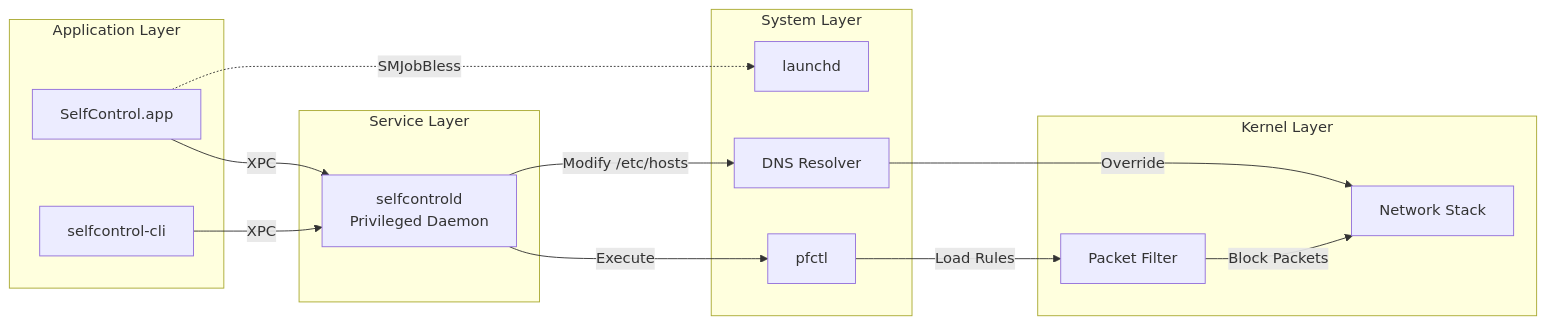
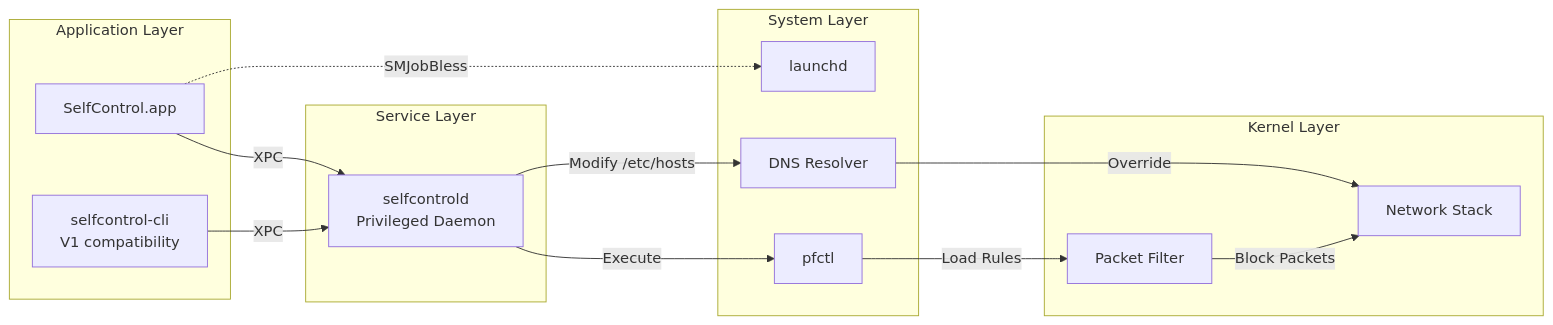
The second of 15 diagrams in SYSTEM_ARCHITECTURE.md (VishalJ99/fence), drawn with Mermaid before and after one commit. The commit also changed other lines of this file and 43 other files, not shown here.

````diff
--- a/SYSTEM_ARCHITECTURE.md
+++ b/SYSTEM_ARCHITECTURE.md
@@ -87,31 +90,31 @@
 ```mermaid
 graph LR
     subgraph "Application Layer"
         A[SelfControl.app]
-        B[selfcontrol-cli]
+        B[selfcontrol-cli<br/>V1 compatibility]
     end
 
     subgraph "Service Layer"
         C[selfcontrold<br/>Privileged Daemon]
     end
 
     subgraph "System Layer"
         D[launchd]
         E[pfctl]
         F[DNS Resolver]
     end
 
     subgraph "Kernel Layer"
         G[Packet Filter]
         H[Network Stack]
     end
 
     A -.->|SMJobBless| D
     A -->|XPC| C
     B -->|XPC| C
     C -->|Execute| E
     C -->|Modify /etc/hosts| F
     E -->|Load Rules| G
     F -->|Override| H
     G -->|Block Packets| H
 ```
````
